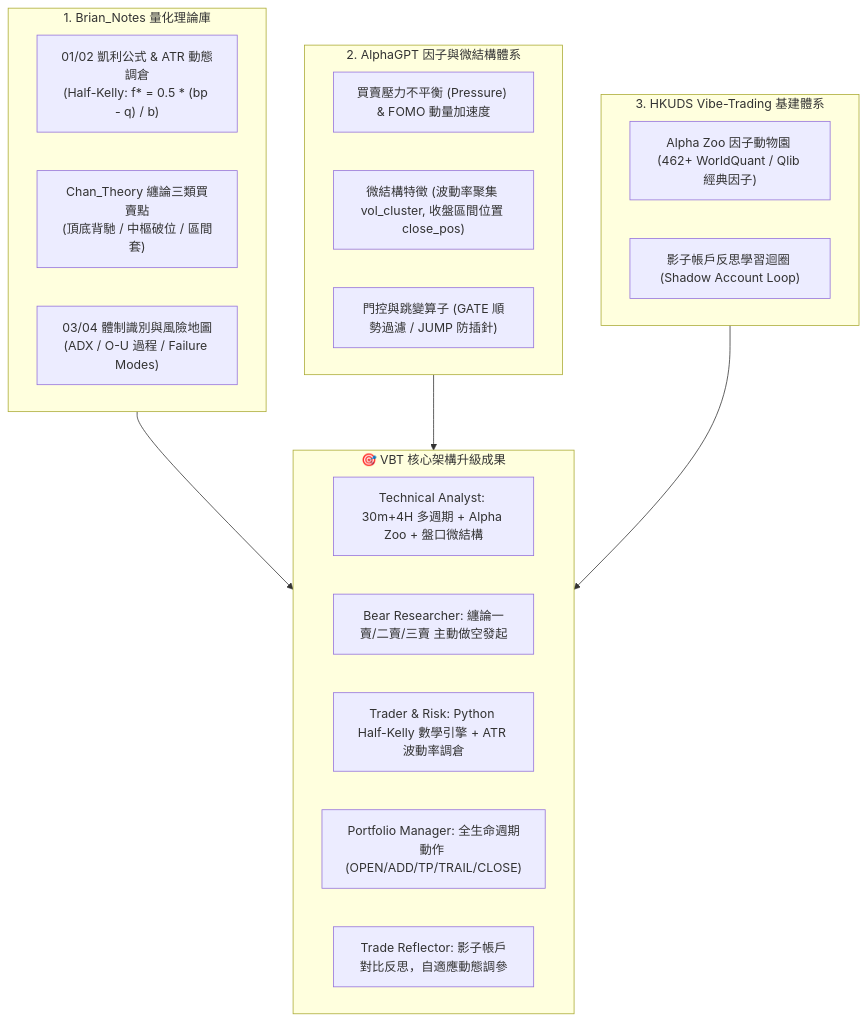
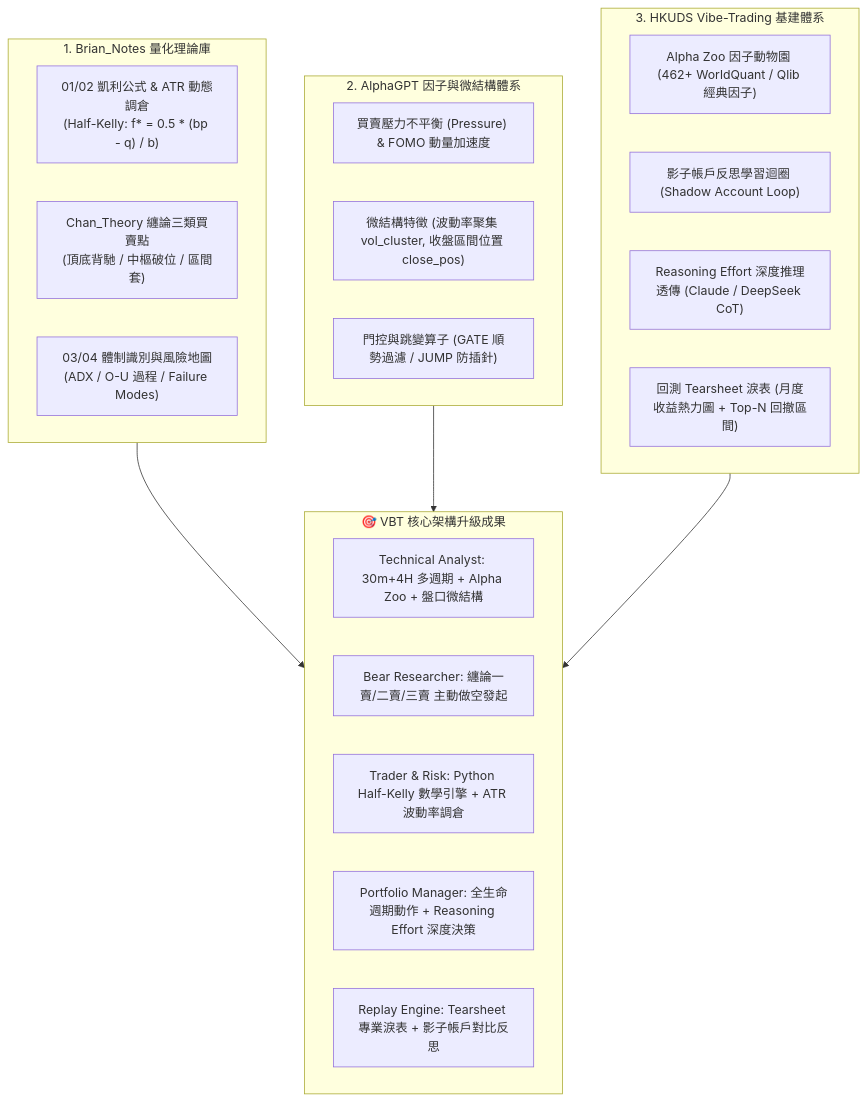
Before and after one commit to dimx9173/vibe-trading-encyc: the third of 5 diagrams in docs/research/vbt-architecture-strategy-improvement-plan.md, drawn with Mermaid. The commit also changed other lines of this file and 1 other file, not shown here.

Commit message:
docs: integrate Reasoning Effort and Tearsheet components into improvement plan v1.6 and evolution roadmap

````diff
--- a/docs/research/vbt-architecture-strategy-improvement-plan.md
+++ b/docs/research/vbt-architecture-strategy-improvement-plan.md
@@ -58,31 +58,33 @@
 ```mermaid
 flowchart TD
     subgraph Theory_Base ["1. Brian_Notes 量化理論庫"]
         T1["01/02 凱利公式 & ATR 動態調倉<br/>(Half-Kelly: f* = 0.5 * (bp - q) / b)"]
         T2["Chan_Theory 纏論三類買賣點<br/>(頂底背馳 / 中樞破位 / 區間套)"]
         T3["03/04 體制識別與風險地圖<br/>(ADX / O-U 過程 / Failure Modes)"]
     end
 
     subgraph AlphaGPT_Base ["2. AlphaGPT 因子與微結構體系"]
         A1["買賣壓力不平衡 (Pressure) & FOMO 動量加速度"]
         A2["微結構特徵 (波動率聚集 vol_cluster, 收盤區間位置 close_pos)"]
         A3["門控與跳變算子 (GATE 順勢過濾 / JUMP 防插針)"]
     end
 
     subgraph HKUDS_Base ["3. HKUDS Vibe-Trading 基建體系"]
         H1["Alpha Zoo 因子動物園 (462+ WorldQuant / Qlib 經典因子)"]
         H2["影子帳戶反思學習迴圈 (Shadow Account Loop)"]
+        H3["Reasoning Effort 深度推理透傳 (Claude / DeepSeek CoT)"]
+        H4["回測 Tearsheet 淚表 (月度收益熱力圖 + Top-N 回撤區間)"]
     end
 
     subgraph VBT_Upgrade ["🎯 VBT 核心架構升級成果"]
         V1["Technical Analyst: 30m+4H 多週期 + Alpha Zoo + 盤口微結構"]
         V2["Bear Researcher: 纏論一賣/二賣/三賣 主動做空發起"]
         V3["Trader & Risk: Python Half-Kelly 數學引擎 + ATR 波動率調倉"]
-        V4["Portfolio Manager: 全生命週期動作 (OPEN/ADD/TP/TRAIL/CLOSE)"]
-        V5["Trade Reflector: 影子帳戶對比反思，自適應動態調參"]
+        V4["Portfolio Manager: 全生命週期動作 + Reasoning Effort 深度決策"]
+        V5["Replay Engine: Tearsheet 專業淚表 + 影子帳戶對比反思"]
     end
 
     Theory_Base --> VBT_Upgrade
     AlphaGPT_Base --> VBT_Upgrade
     HKUDS_Base --> VBT_Upgrade
 ```
````
